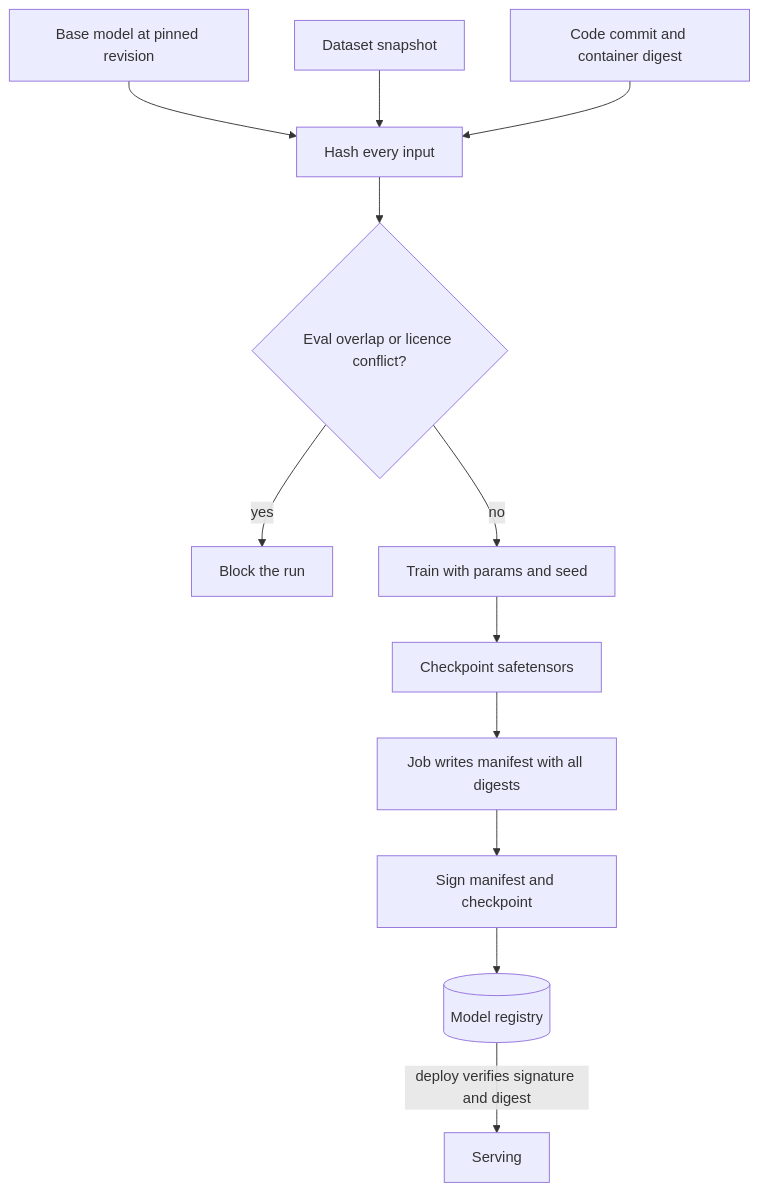
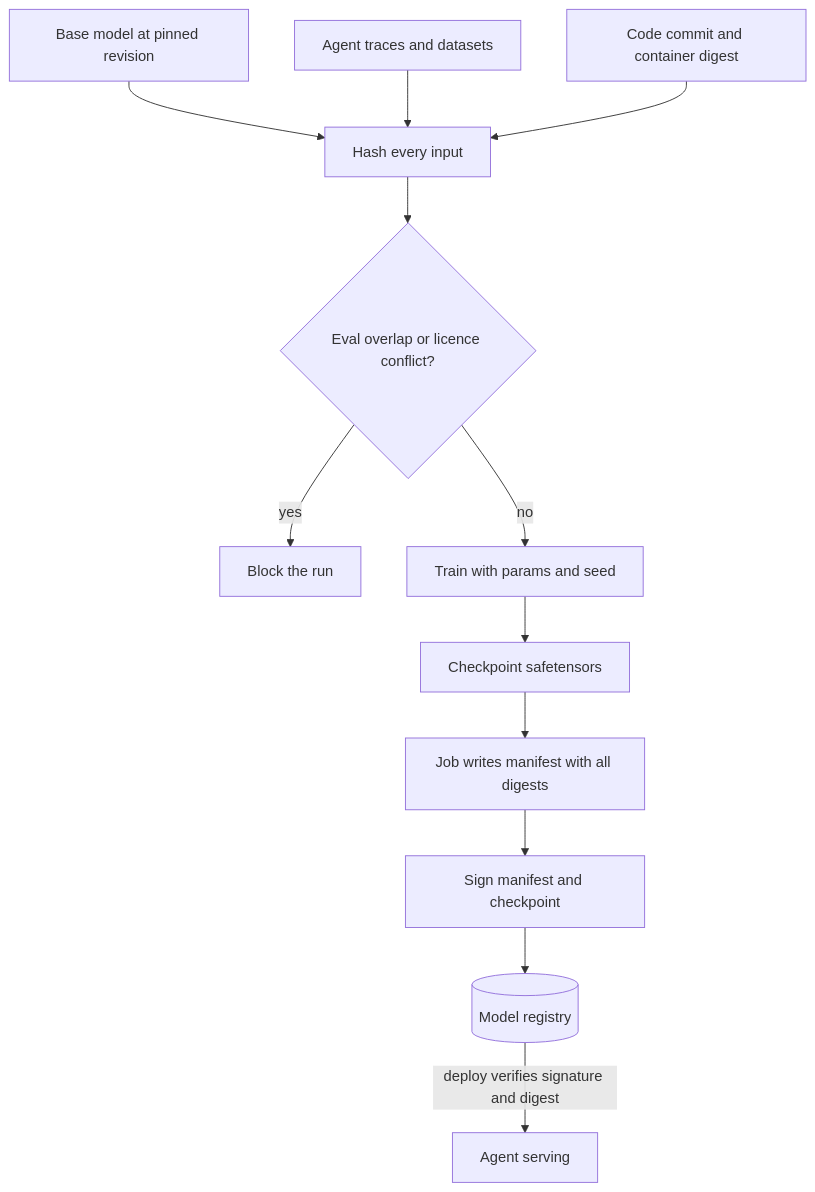
Before and after one commit to lovishmahajan97/agentic-learning: the diagram in content/data-architecture/model-and-dataset-provenance.md, drawn with Mermaid. The commit also changed other lines of this file and 454 other files, not shown here.

````diff
--- a/content/data-architecture/model-and-dataset-provenance.md
+++ b/content/data-architecture/model-and-dataset-provenance.md
@@ -143,14 +164,14 @@
 ```mermaid
 flowchart TD
     B["Base model at pinned revision"] --> H["Hash every input"]
-    D["Dataset snapshot"] --> H
+    D["Agent traces and datasets"] --> H
     G["Code commit and container digest"] --> H
     H --> C{"Eval overlap or licence conflict?"}
     C -->|"yes"| X["Block the run"]
     C -->|"no"| T["Train with params and seed"]
     T --> K["Checkpoint safetensors"]
     K --> M["Job writes manifest with all digests"]
     M --> S["Sign manifest and checkpoint"]
     S --> R[("Model registry")]
-    R -->|"deploy verifies signature and digest"| P["Serving"]
+    R -->|"deploy verifies signature and digest"| P["Agent serving"]
 ```
````
